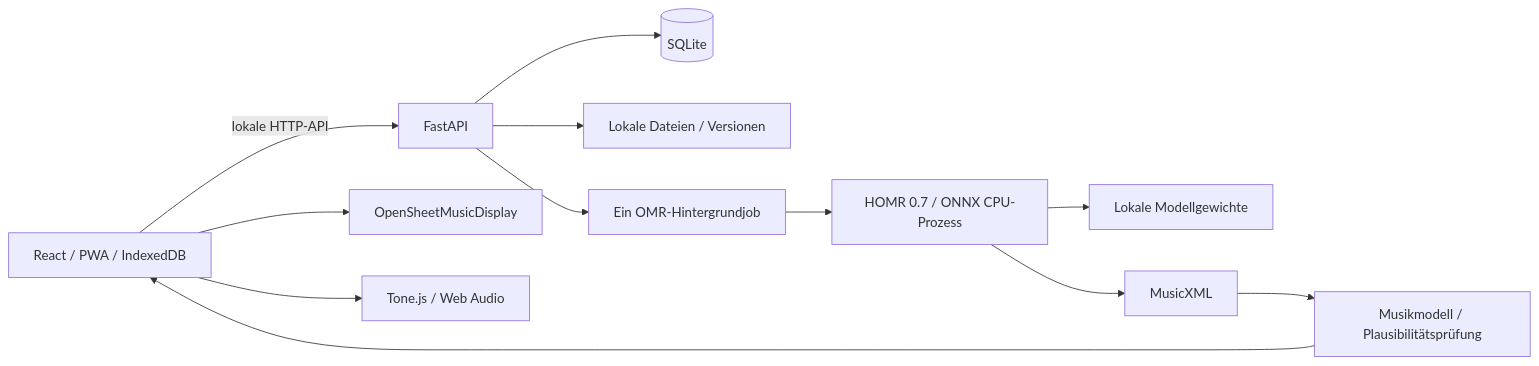
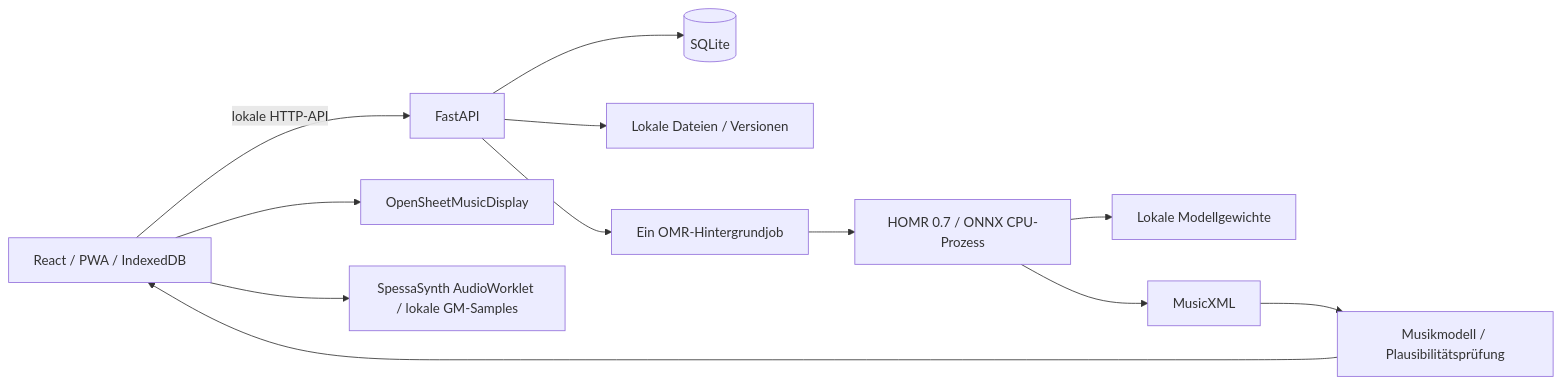
Before and after one commit to steju4/notepilot: the diagram in docs/architecture.md, drawn with Mermaid. The commit also changed other lines of this file and 40 other files, not shown here.

````diff
--- a/docs/architecture.md
+++ b/docs/architecture.md
@@ -3,14 +3,14 @@
 ```mermaid
 flowchart LR
   Browser[React / PWA / IndexedDB] -->|lokale HTTP-API| API[FastAPI]
   API --> SQLite[(SQLite)]
   API --> Files[Lokale Dateien / Versionen]
   API --> Queue[Ein OMR-Hintergrundjob]
   Queue --> Process[HOMR 0.7 / ONNX CPU-Prozess]
   Process --> Models[Lokale Modellgewichte]
   Process --> XML[MusicXML]
   XML --> Validation[Musikmodell / Plausibilitätsprüfung]
   Validation --> Browser
   Browser --> Render[OpenSheetMusicDisplay]
-  Browser --> Audio[Tone.js / Web Audio]
+  Browser --> Audio[SpessaSynth AudioWorklet / lokale GM-Samples]
 ```
````
